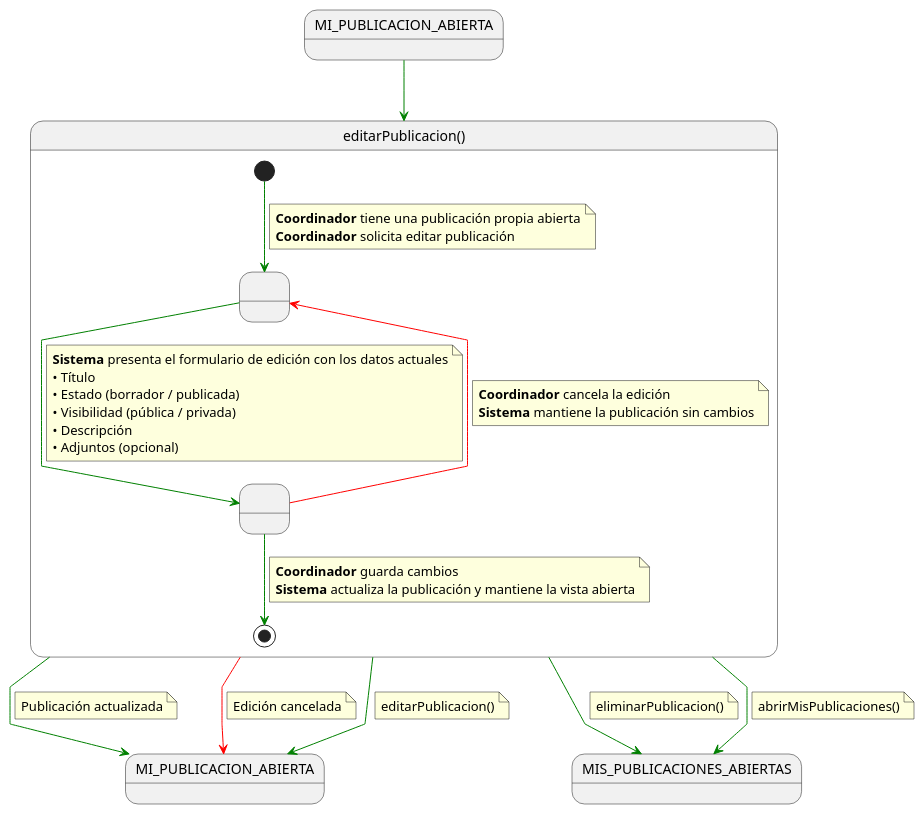
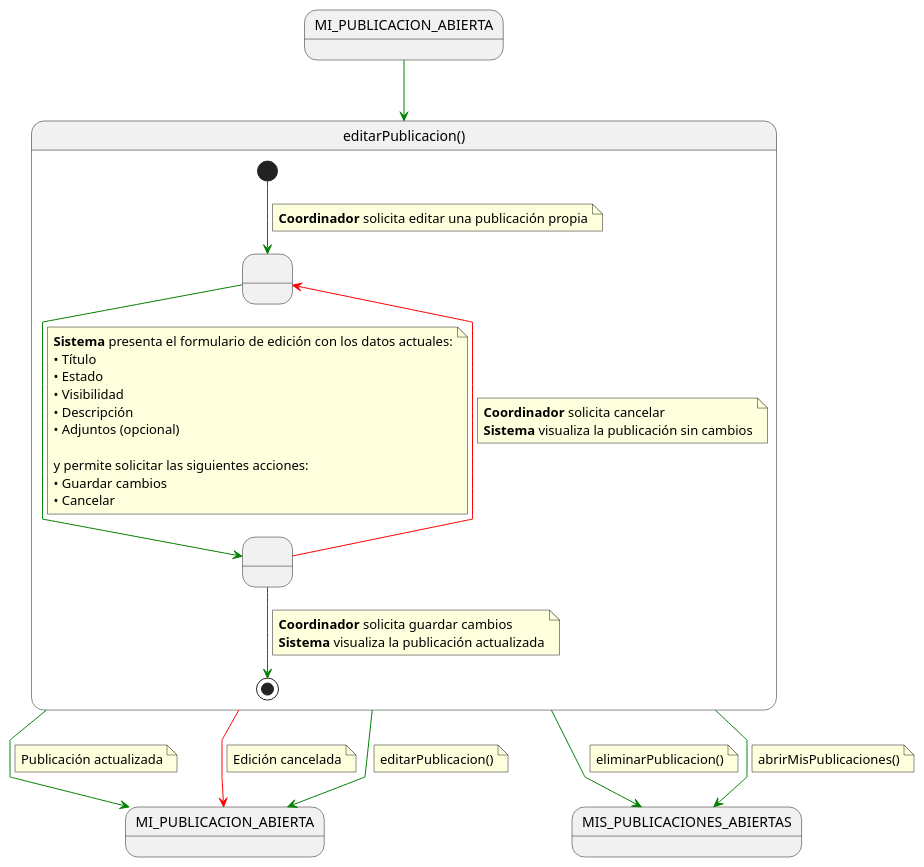
The diagram in documents/casosDeUso/detalle/coordinador/08-mis-publicaciones/editarPublicacion/editarPublicacion.puml (31Diego/25-26-IdSw1-SdR), drawn with PlantUML before and after one commit. The commit also changed 13 other files, not shown here.

Commit message:
Agrego las acciones del sistema detallados

```diff
--- a/documents/casosDeUso/detalle/coordinador/08-mis-publicaciones/editarPublicacion/editarPublicacion.puml
+++ b/documents/casosDeUso/detalle/coordinador/08-mis-publicaciones/editarPublicacion/editarPublicacion.puml
@@ -1,66 +1,69 @@
 @startuml editarPublicacion
 skinparam linetype polyline
 
 state in1 as "MI_PUBLICACION_ABIERTA"
 in1 -[#green]-> editarPublicacion
 
 state editarPublicacion as "editarPublicacion()" {
 
     state " " as MostrandoPublicacion
     state " " as EditandoDatos
 
     [*] -[#green]-> MostrandoPublicacion
     note on link
-    <b>Coordinador</b> tiene una publicación propia abierta
-    <b>Coordinador</b> solicita editar publicación
+    <b>Coordinador</b> solicita editar una publicación propia
     end note
 
     MostrandoPublicacion -[#green]-> EditandoDatos
     note on link
-    <b>Sistema</b> presenta el formulario de edición con los datos actuales
+    <b>Sistema</b> presenta el formulario de edición con los datos actuales:
     • Título
-    • Estado (borrador / publicada)
-    • Visibilidad (pública / privada)
+    • Estado
+    • Visibilidad
     • Descripción
     • Adjuntos (opcional)
+
+    y permite solicitar las siguientes acciones:
+    • Guardar cambios
+    • Cancelar
     end note
 
     EditandoDatos -[#green]-> [*]
     note on link
-    <b>Coordinador</b> guarda cambios
-    <b>Sistema</b> actualiza la publicación y mantiene la vista abierta
+    <b>Coordinador</b> solicita guardar cambios
+    <b>Sistema</b> visualiza la publicación actualizada
     end note
 
     EditandoDatos -[#red]-> MostrandoPublicacion
     note on link
-    <b>Coordinador</b> cancela la edición
-    <b>Sistema</b> mantiene la publicación sin cambios
+    <b>Coordinador</b> solicita cancelar
+    <b>Sistema</b> visualiza la publicación sin cambios
     end note
 }
 
 editarPublicacion -[#green]-> MI_PUBLICACION_ABIERTA
 note on link
 Publicación actualizada
 end note
 
 editarPublicacion -[#red]-> MI_PUBLICACION_ABIERTA
 note on link
 Edición cancelada
 end note
 
 editarPublicacion -[#green]-> MI_PUBLICACION_ABIERTA
 note on link
 editarPublicacion()
 end note
 
 editarPublicacion -[#green]-> MIS_PUBLICACIONES_ABIERTAS
 note on link
 eliminarPublicacion()
 end note
 
 editarPublicacion -[#green]-> MIS_PUBLICACIONES_ABIERTAS
 note on link
 abrirMisPublicaciones()
 end note
 
 @enduml
```
